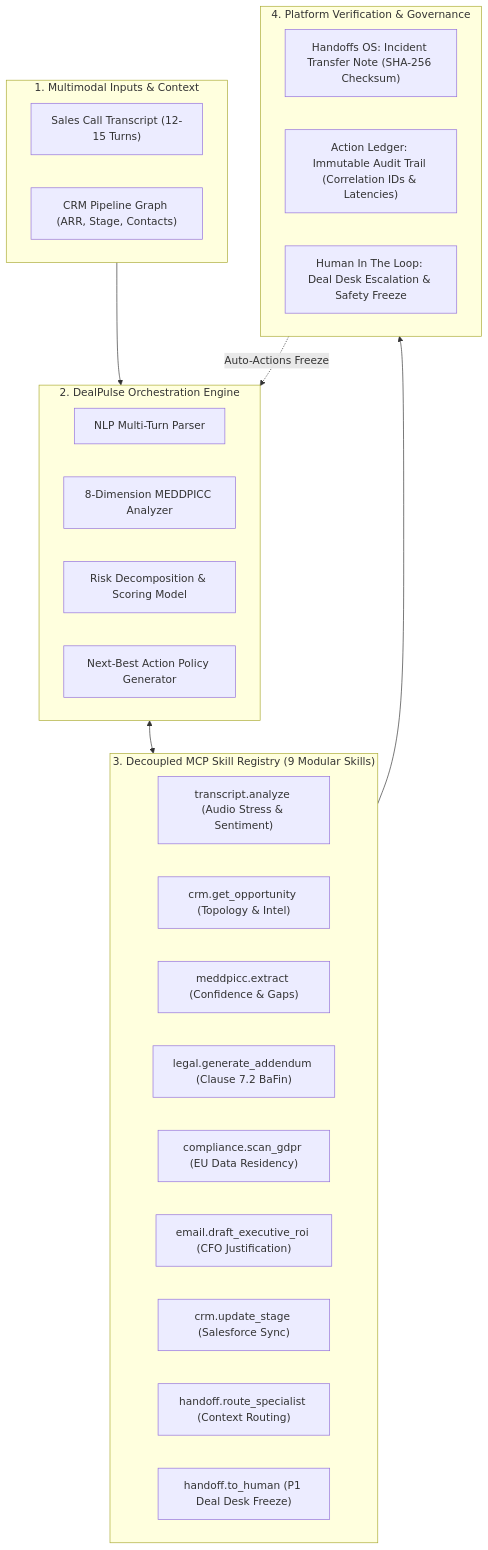
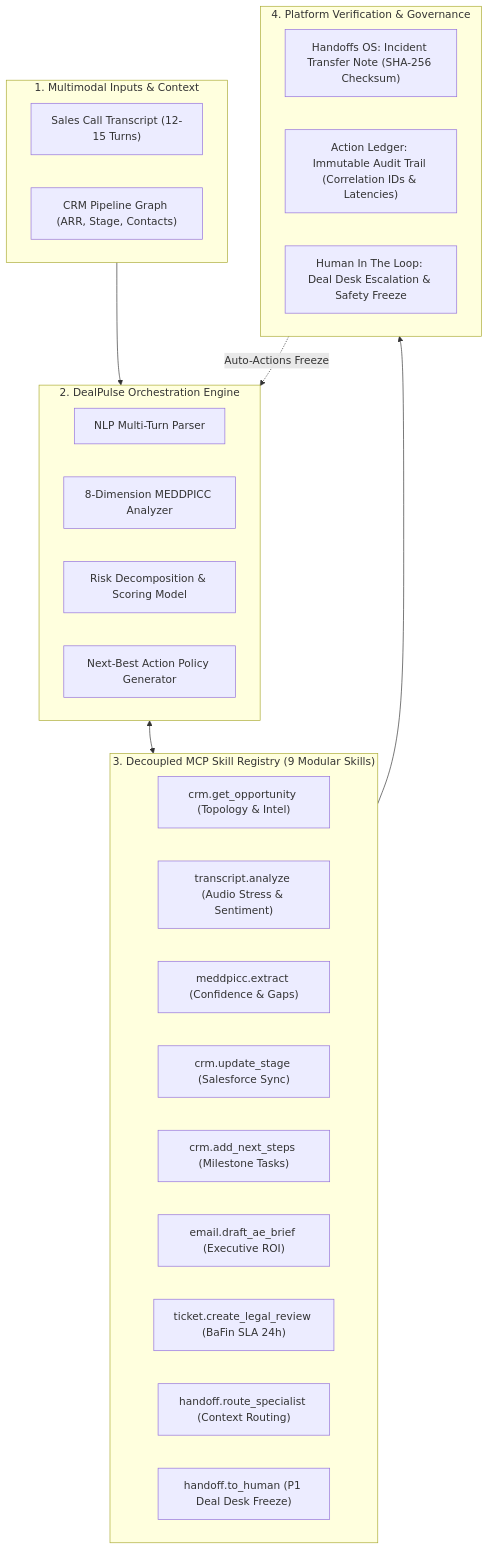
The diagram in README.md (anishreddy3/dealpulse), drawn with Mermaid before and after one commit. The commit also changed other lines of this file, not shown here.

Commit message:
docs: sync 9 MCP skill names with registry and UI

````diff
--- a/README.md
+++ b/README.md
@@ -34,37 +34,37 @@
 ```mermaid
 flowchart TD
     subgraph Inputs ["1. Multimodal Inputs & Context"]
         A1["Sales Call Transcript (12-15 Turns)"]
         A2["CRM Pipeline Graph (ARR, Stage, Contacts)"]
     end
 
     subgraph Orchestrator ["2. DealPulse Orchestration Engine"]
         B1["NLP Multi-Turn Parser"]
         B2["8-Dimension MEDDPICC Analyzer"]
         B3["Risk Decomposition & Scoring Model"]
         B4["Next-Best Action Policy Generator"]
     end
 
     subgraph MCPRegistry ["3. Decoupled MCP Skill Registry (9 Modular Skills)"]
-        C1["transcript.analyze (Audio Stress & Sentiment)"]
-        C2["crm.get_opportunity (Topology & Intel)"]
+        C1["crm.get_opportunity (Topology & Intel)"]
+        C2["transcript.analyze (Audio Stress & Sentiment)"]
         C3["meddpicc.extract (Confidence & Gaps)"]
-        C4["legal.generate_addendum (Clause 7.2 BaFin)"]
-        C5["compliance.scan_gdpr (EU Data Residency)"]
-        C6["email.draft_executive_roi (CFO Justification)"]
-        C7["crm.update_stage (Salesforce Sync)"]
+        C4["crm.update_stage (Salesforce Sync)"]
+        C5["crm.add_next_steps (Milestone Tasks)"]
+        C6["email.draft_ae_brief (Executive ROI)"]
+        C7["ticket.create_legal_review (BaFin SLA 24h)"]
         C8["handoff.route_specialist (Context Routing)"]
         C9["handoff.to_human (P1 Deal Desk Freeze)"]
     end
 
     subgraph Outputs ["4. Platform Verification & Governance"]
         D1["Handoffs OS: Incident Transfer Note (SHA-256 Checksum)"]
         D2["Action Ledger: Immutable Audit Trail (Correlation IDs & Latencies)"]
         D3["Human In The Loop: Deal Desk Escalation & Safety Freeze"]
     end
 
     Inputs --> Orchestrator
     Orchestrator <--> MCPRegistry
     MCPRegistry --> Outputs
     Outputs -.-> |"Auto-Actions Freeze"| Orchestrator
 ```
````
